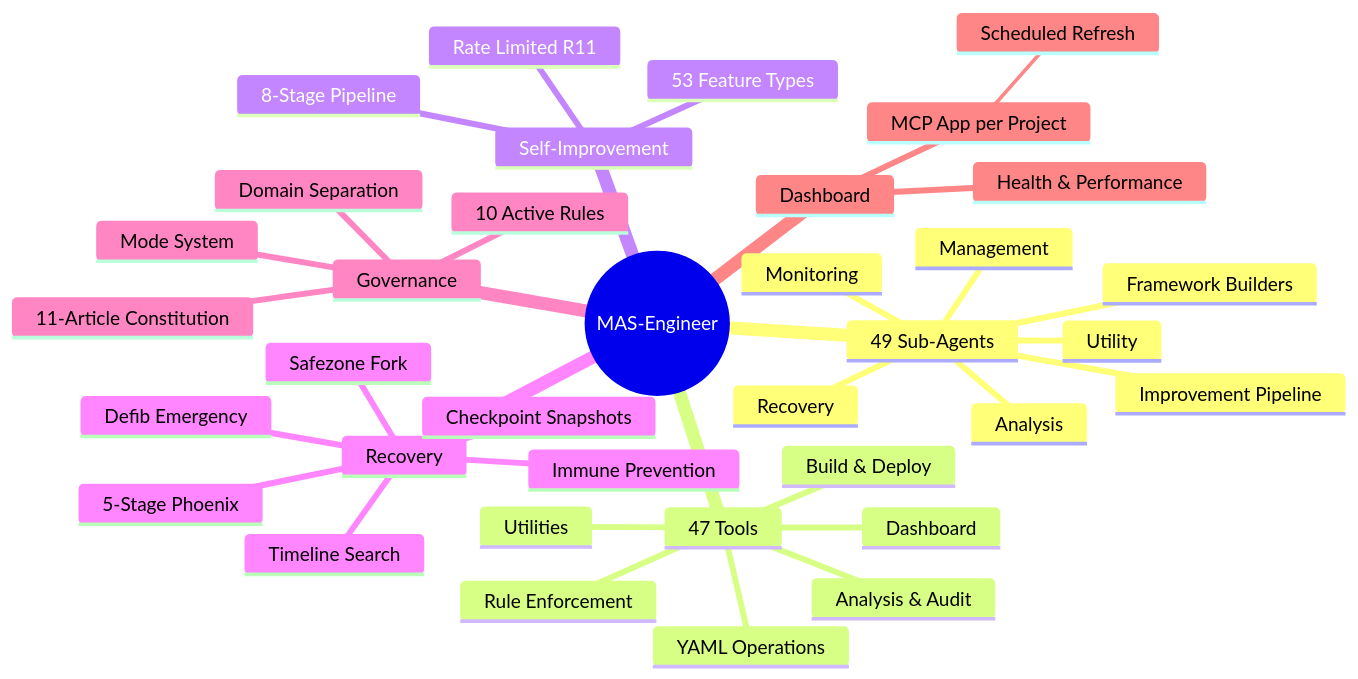
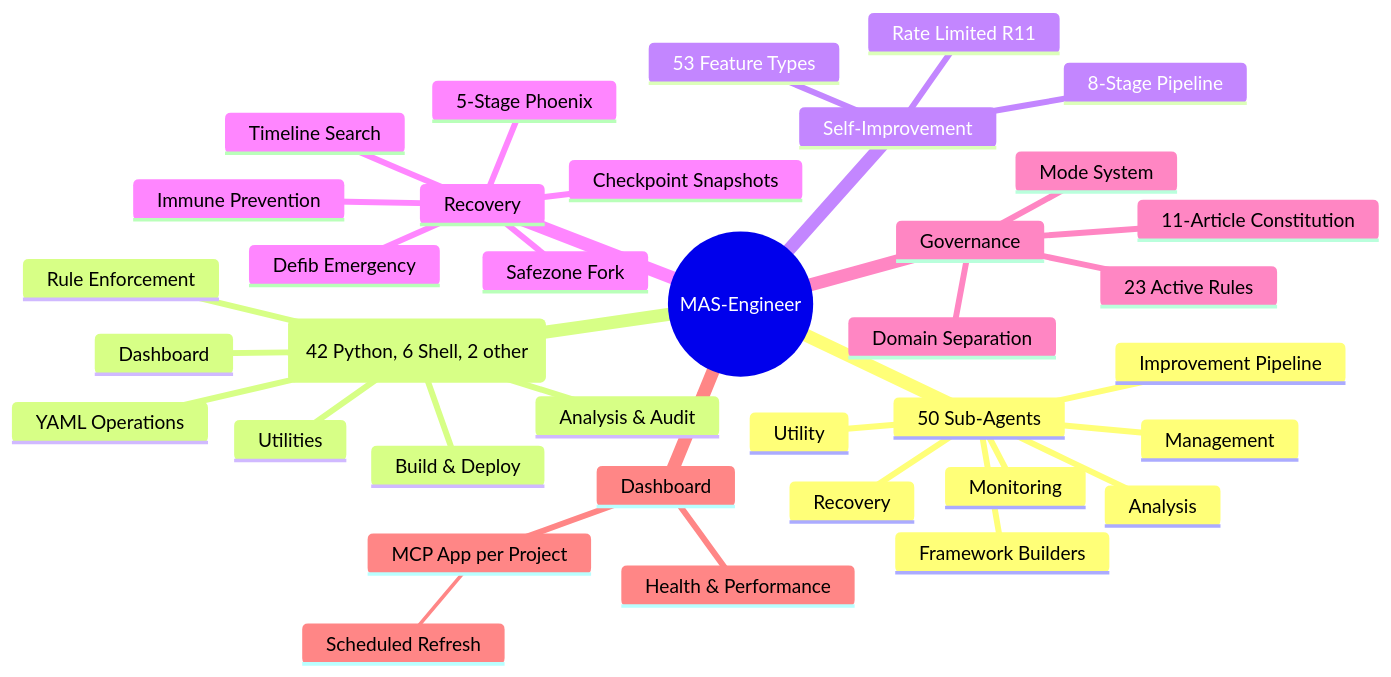
The sixth of 6 diagrams in README.md (mczardybon/mas-engineer), drawn with Mermaid before and after one commit. The commit also changed other lines of this file and 40 other files, not shown here.

````diff
--- a/README.md
+++ b/README.md
@@ -459,39 +459,39 @@
 ```mermaid
 mindmap
   root((MAS-Engineer))
-    49 Sub-Agents
+    50 Sub-Agents
       Framework Builders
       Improvement Pipeline
       Monitoring
       Recovery
       Analysis
       Utility
       Management
-    47 Tools
+    50 total (42 Python, 6 Shell, 2 other)
       Rule Enforcement
       YAML Operations
       Build & Deploy
       Analysis & Audit
       Dashboard
       Utilities
     Self-Improvement
       8-Stage Pipeline
       53 Feature Types
       Rate Limited R11
     Recovery
       5-Stage Phoenix
       Immune Prevention
       Checkpoint Snapshots
       Safezone Fork
       Timeline Search
       Defib Emergency
     Governance
-      10 Active Rules
+      23 Active Rules
       11-Article Constitution
       Mode System
       Domain Separation
     Dashboard
       MCP App per Project
        Scheduled Refresh
       Health & Performance
 ```
````
